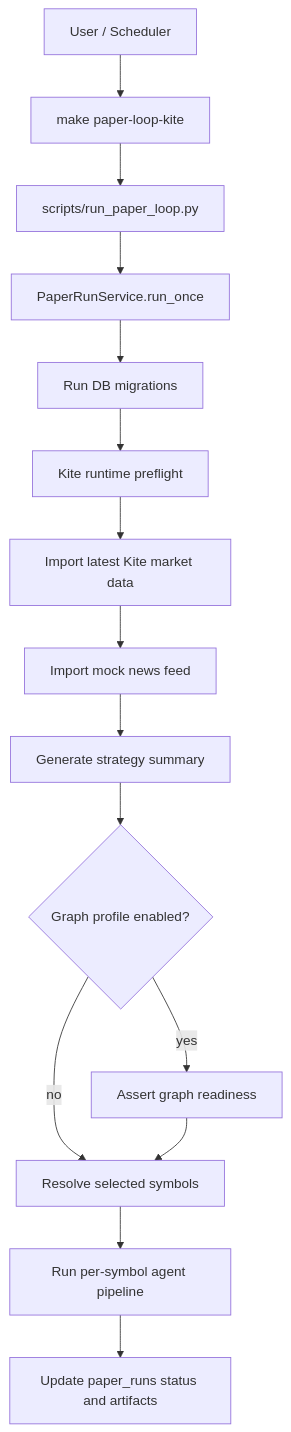
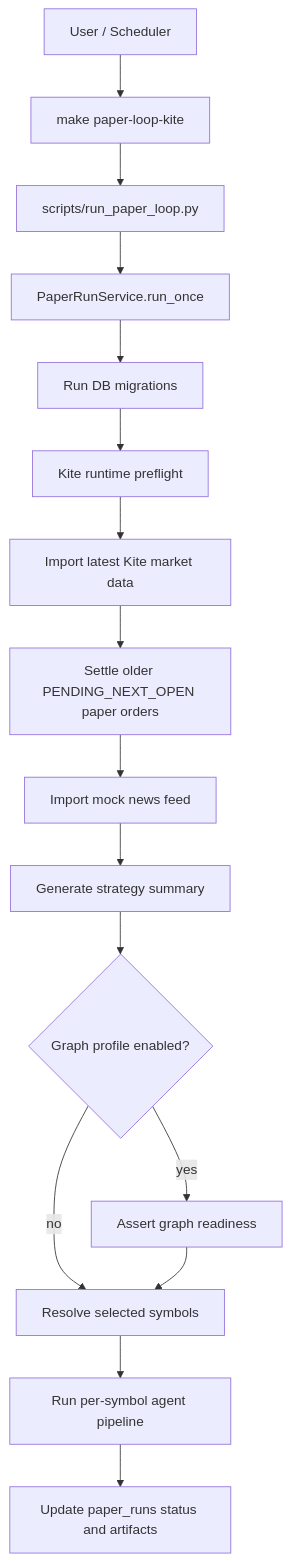
One commit to adnaan1703/TaurusAgent changed the first of 6 diagrams in docs/TAURUS_AGENT_ARCHITECTURE.md. Above: the diagram before and after it, drawn with Mermaid. The commit also changed other lines of this file and 20 other files, not shown here.

Commit message:
Add M49 next-open operator polish

````diff
--- a/docs/TAURUS_AGENT_ARCHITECTURE.md
+++ b/docs/TAURUS_AGENT_ARCHITECTURE.md
@@ -36,20 +36,21 @@
 ```mermaid
 flowchart TD
     User[User / Scheduler] --> Cmd[make paper-loop-kite]
     Cmd --> Script[scripts/run_paper_loop.py]
     Script --> Service[PaperRunService.run_once]
 
     Service --> Migrate[Run DB migrations]
     Migrate --> Preflight[Kite runtime preflight]
     Preflight --> DataImport[Import latest Kite market data]
-    DataImport --> NewsImport[Import mock news feed]
+    DataImport --> Settlement[Settle older PENDING_NEXT_OPEN paper orders]
+    Settlement --> NewsImport[Import mock news feed]
     NewsImport --> Strategy[Generate strategy summary]
 
     Strategy --> GraphReady{Graph profile enabled?}
     GraphReady -- yes --> GraphPreflight[Assert graph readiness]
     GraphReady -- no --> SymbolSelect[Resolve selected symbols]
     GraphPreflight --> SymbolSelect
 
     SymbolSelect --> SymbolLoop[Run per-symbol agent pipeline]
     SymbolLoop --> RunStatus[Update paper_runs status and artifacts]
 ```
````
